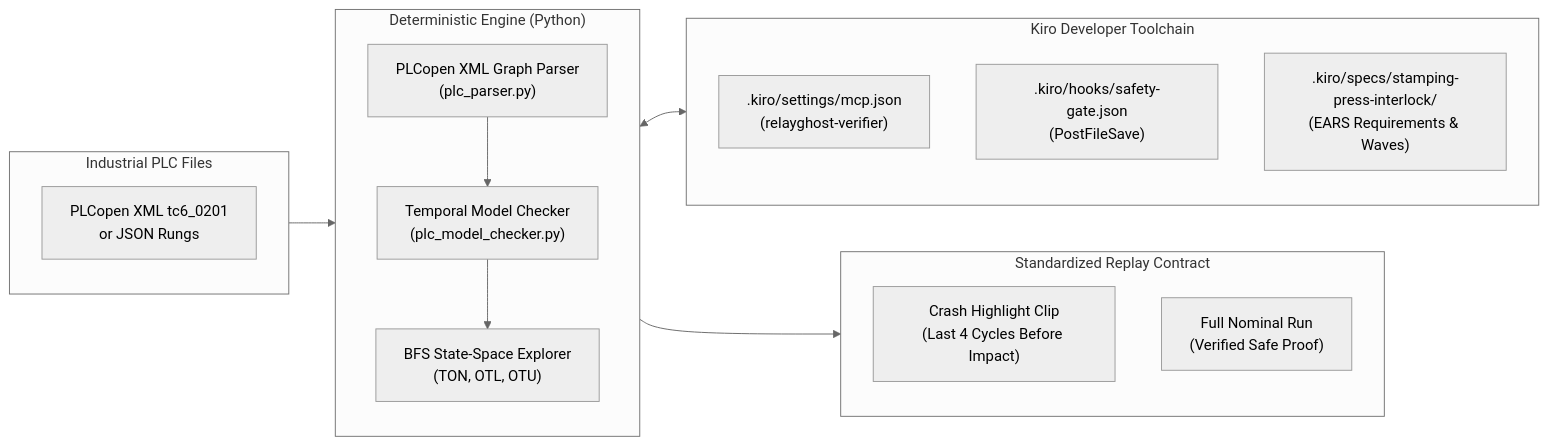
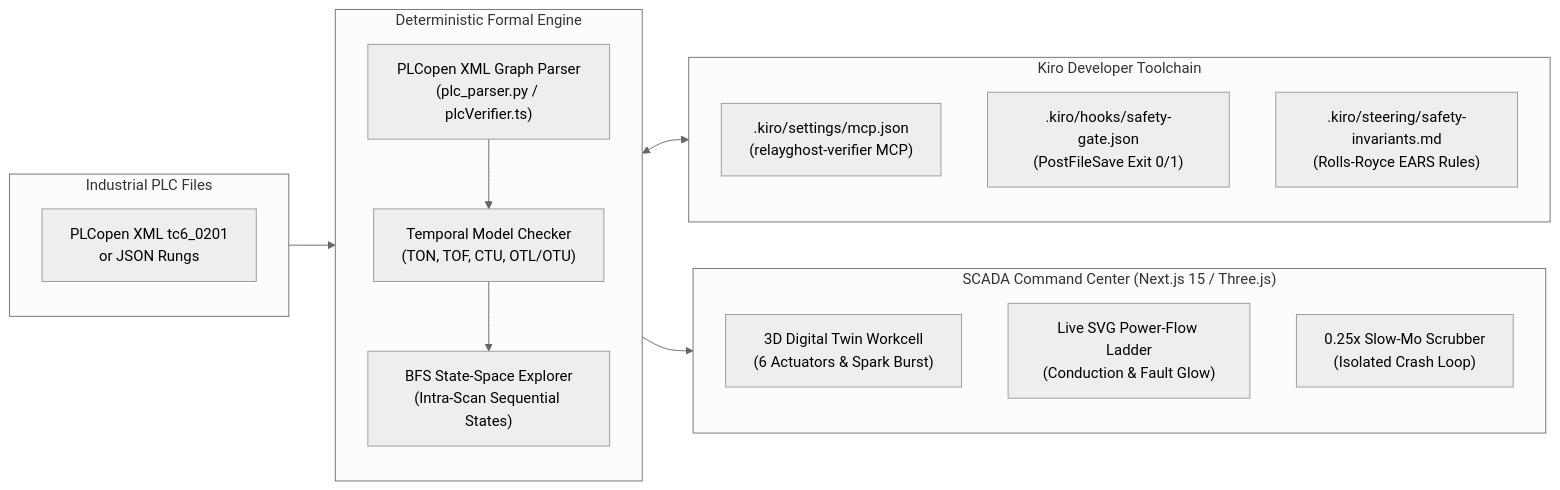
Before and after one commit to Ashuraj-Herode22/relayghost: the diagram in README.md, drawn with Mermaid (neutral theme). The commit also changed other lines of this file and 12 other files, not shown here.

Commit message:
fix(pre-deployment): resolve 7 audit traps, CTU parity, deadlock-free EARS patching, and React 19 canvas cleanup

````diff
--- a/README.md
+++ b/README.md
@@ -41,26 +44,27 @@
 ```mermaid
 flowchart LR
     subgraph PLC_Files["Industrial PLC Files"]
         A["PLCopen XML tc6_0201<br/>or JSON Rungs"]
     end
 
-    subgraph Deterministic_Engine["Deterministic Engine (Python)"]
-        B["PLCopen XML Graph Parser<br/>(plc_parser.py)"] --> C["Temporal Model Checker<br/>(plc_model_checker.py)"]
-        C --> D["BFS State-Space Explorer<br/>(TON, OTL, OTU)"]
+    subgraph Deterministic_Engine["Deterministic Formal Engine"]
+        B["PLCopen XML Graph Parser<br/>(plc_parser.py / plcVerifier.ts)"] --> C["Temporal Model Checker<br/>(TON, TOF, CTU, OTL/OTU)"]
+        C --> D["BFS State-Space Explorer<br/>(Intra-Scan Sequential States)"]
     end
 
     subgraph Kiro_Toolchain["Kiro Developer Toolchain"]
-        E[".kiro/settings/mcp.json<br/>(relayghost-verifier)"]
-        F[".kiro/hooks/safety-gate.json<br/>(PostFileSave)"]
-        G[".kiro/specs/stamping-press-interlock/<br/>(EARS Requirements & Waves)"]
+        E[".kiro/settings/mcp.json<br/>(relayghost-verifier MCP)"]
+        F[".kiro/hooks/safety-gate.json<br/>(PostFileSave Exit 0/1)"]
+        G[".kiro/steering/safety-invariants.md<br/>(Rolls-Royce EARS Rules)"]
     end
 
-    subgraph Output["Standardized Replay Contract"]
-        H["Crash Highlight Clip<br/>(Last 4 Cycles Before Impact)"]
-        I["Full Nominal Run<br/>(Verified Safe Proof)"]
+    subgraph SCADA_UI["SCADA Command Center (Next.js 15 / Three.js)"]
+        H["3D Digital Twin Workcell<br/>(6 Actuators & Spark Burst)"]
+        I["Live SVG Power-Flow Ladder<br/>(Conduction & Fault Glow)"]
+        J["0.25x Slow-Mo Scrubber<br/>(Isolated Crash Loop)"]
     end
 
     PLC_Files --> Deterministic_Engine
     Deterministic_Engine <--> Kiro_Toolchain
-    Deterministic_Engine --> Output
+    Deterministic_Engine --> SCADA_UI
 ```
````
